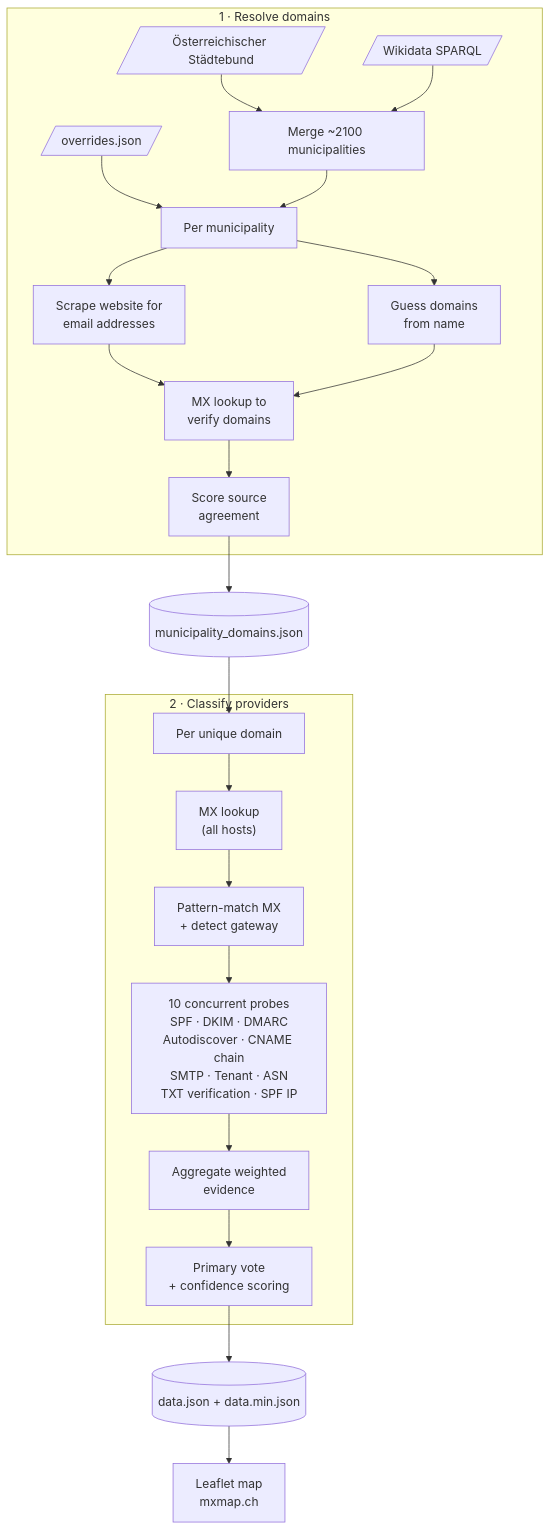
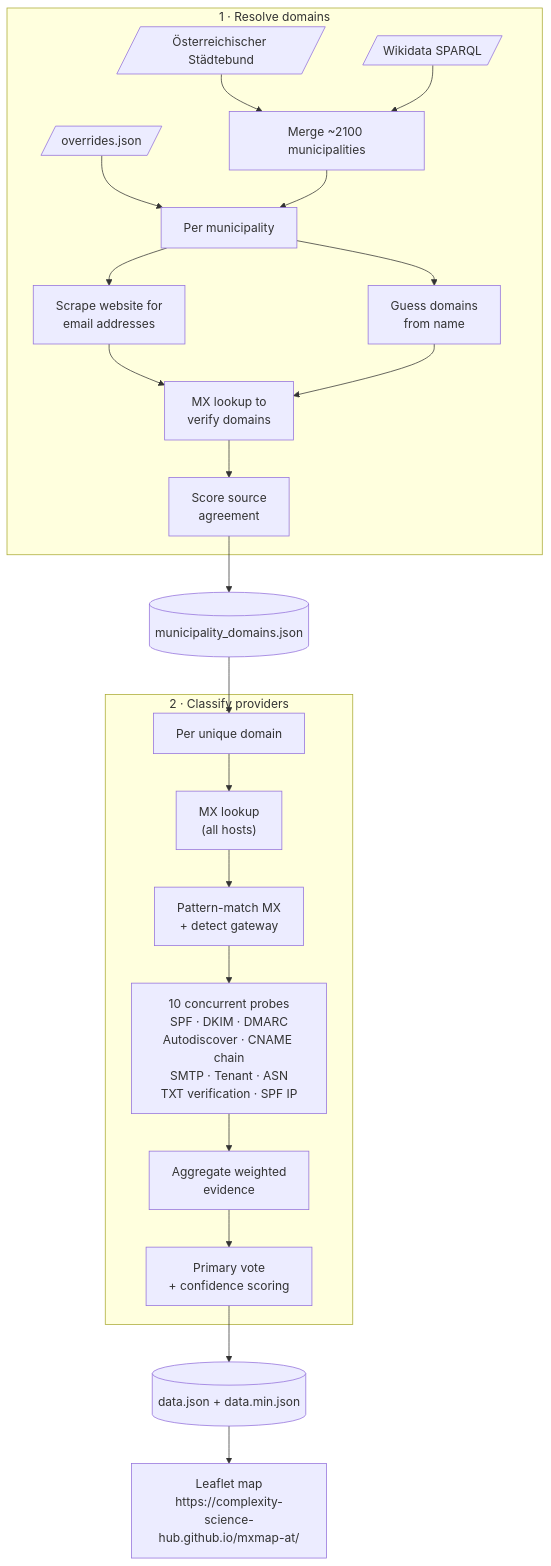
The diagram in README.md (complexity-science-hub/mxmap-at), drawn with Mermaid before and after one commit. The commit also changed other lines of this file and 8 other files, not shown here.

````diff
--- a/README.md
+++ b/README.md
@@ -16,28 +23,28 @@
 ```mermaid
 flowchart TD
     subgraph resolve ["1 · Resolve domains"]
         städtebund[/"Österreichischer Städtebund"/] --> merge["Merge ~2100 municipalities"]
         wikidata[/"Wikidata SPARQL"/] --> merge
         overrides[/"overrides.json"/] --> per_muni
         merge --> per_muni["Per municipality"]
         per_muni --> scrape["Scrape website for<br/>email addresses"]
         per_muni --> guess["Guess domains<br/>from name"]
         scrape --> mx_verify["MX lookup to<br/>verify domains"]
         guess --> mx_verify
         mx_verify --> score["Score source<br/>agreement"]
     end
 
     score --> domains[("municipality_domains.json")]
     domains --> classify_in
 
     subgraph classify ["2 · Classify providers"]
         classify_in["Per unique domain"] --> mx_lookup["MX lookup<br/>(all hosts)"]
         mx_lookup --> mx_match["Pattern-match MX<br/>+ detect gateway"]
         mx_match --> concurrent["10 concurrent probes<br/>SPF · DKIM · DMARC<br/>Autodiscover · CNAME chain<br/>SMTP · Tenant · ASN<br/>TXT verification · SPF IP"]
         concurrent --> aggregate["Aggregate weighted<br/>evidence"]
         aggregate --> vote["Primary vote<br/>+ confidence scoring"]
     end
 
     vote --> data[("data.json + data.min.json")]
-    data --> frontend["Leaflet map<br/>mxmap.ch"]
+    data --> frontend["Leaflet map<br/>https://complexity-science-hub.github.io/mxmap-at/"]
 ```
````
